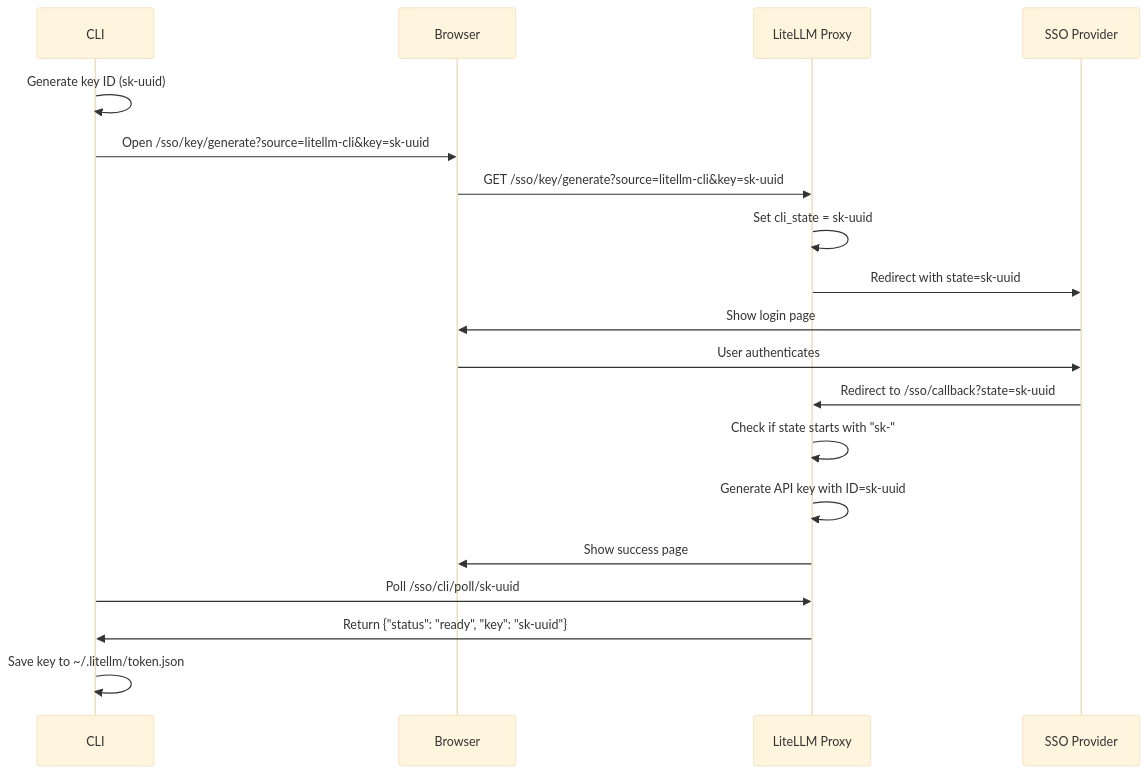
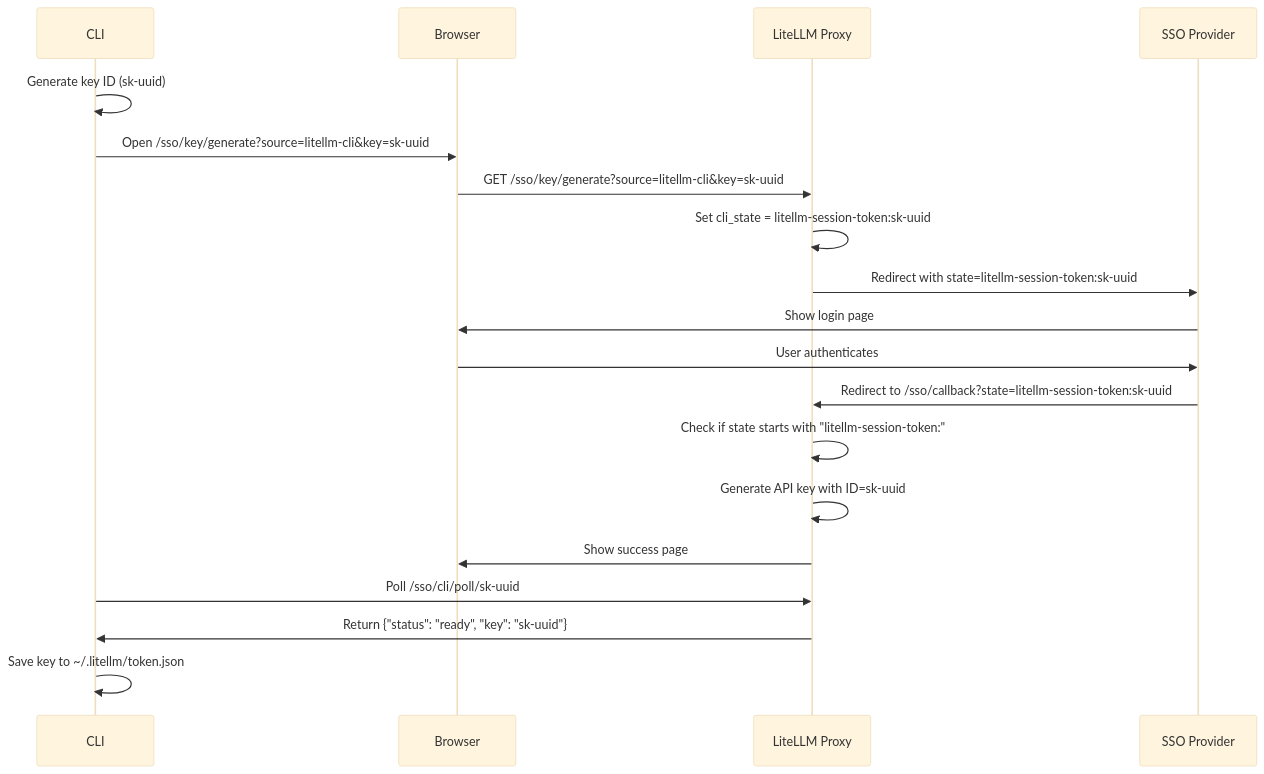
The diagram in litellm/proxy/client/README.md (BerriAI/litellm), drawn with Mermaid (base theme) before and after one commit. The commit also changed other lines of this file, not shown here.

Commit message:
add itellm-session-token

````diff
--- a/litellm/proxy/client/README.md
+++ b/litellm/proxy/client/README.md
@@ -309,26 +309,26 @@
 ```mermaid
 sequenceDiagram
     participant CLI as CLI
     participant Browser as Browser
     participant Proxy as LiteLLM Proxy
     participant SSO as SSO Provider
     
     CLI->>CLI: Generate key ID (sk-uuid)
     CLI->>Browser: Open /sso/key/generate?source=litellm-cli&key=sk-uuid
     
     Browser->>Proxy: GET /sso/key/generate?source=litellm-cli&key=sk-uuid
-    Proxy->>Proxy: Set cli_state = sk-uuid
-    Proxy->>SSO: Redirect with state=sk-uuid
+    Proxy->>Proxy: Set cli_state = litellm-session-token:sk-uuid
+    Proxy->>SSO: Redirect with state=litellm-session-token:sk-uuid
     
     SSO->>Browser: Show login page
     Browser->>SSO: User authenticates
-    SSO->>Proxy: Redirect to /sso/callback?state=sk-uuid
+    SSO->>Proxy: Redirect to /sso/callback?state=litellm-session-token:sk-uuid
     
-    Proxy->>Proxy: Check if state starts with "sk-"
+    Proxy->>Proxy: Check if state starts with "litellm-session-token:"
     Proxy->>Proxy: Generate API key with ID=sk-uuid
     Proxy->>Browser: Show success page
     
     CLI->>Proxy: Poll /sso/cli/poll/sk-uuid
     Proxy->>CLI: Return {"status": "ready", "key": "sk-uuid"}
     CLI->>CLI: Save key to ~/.litellm/token.json
 ```
````
